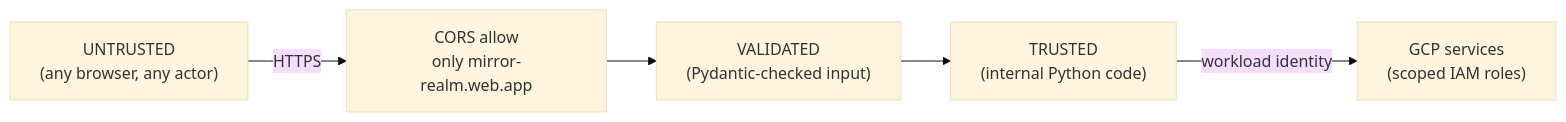
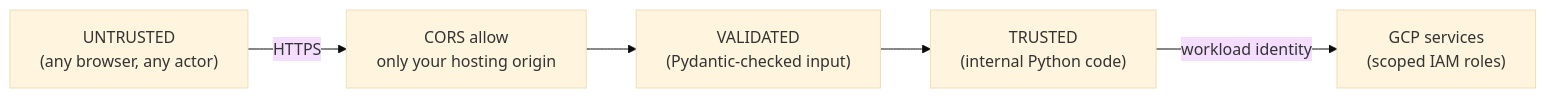
Before and after one commit to fadlytanjung/mirror-realm: the second of 7 diagrams in docs/01-architecture.md, drawn with Mermaid (base theme). The commit also changed other lines of this file and 8 other files, not shown here.

````diff
--- a/docs/01-architecture.md
+++ b/docs/01-architecture.md
@@ -90,7 +90,7 @@
 ```mermaid
 flowchart LR
-    Untrusted["UNTRUSTED<br/>(any browser, any actor)"] -->|"HTTPS"| CORS["CORS allow<br/>only mirror-realm.web.app"]
+    Untrusted["UNTRUSTED<br/>(any browser, any actor)"] -->|"HTTPS"| CORS["CORS allow<br/>only your hosting origin"]
     CORS --> Validated["VALIDATED<br/>(Pydantic-checked input)"]
     Validated --> Trusted["TRUSTED<br/>(internal Python code)"]
     Trusted -->|"workload identity"| GCP["GCP services<br/>(scoped IAM roles)"]
 ```
````
